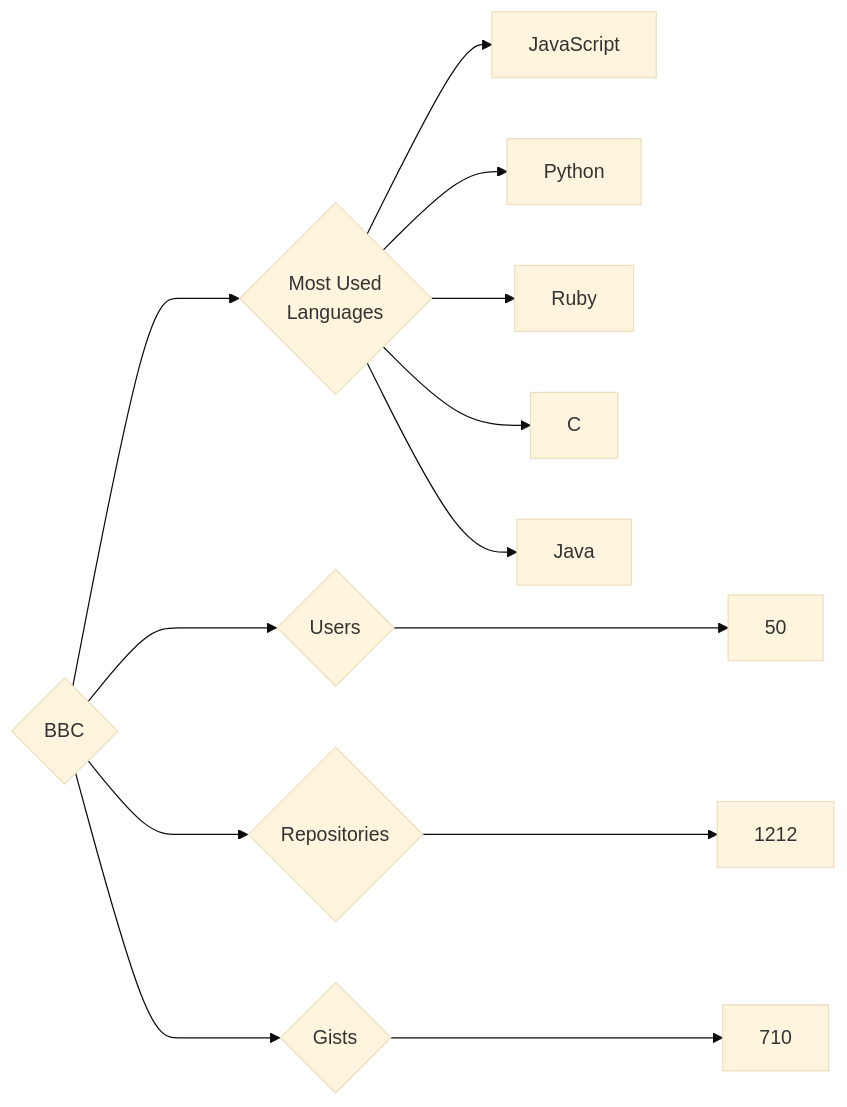
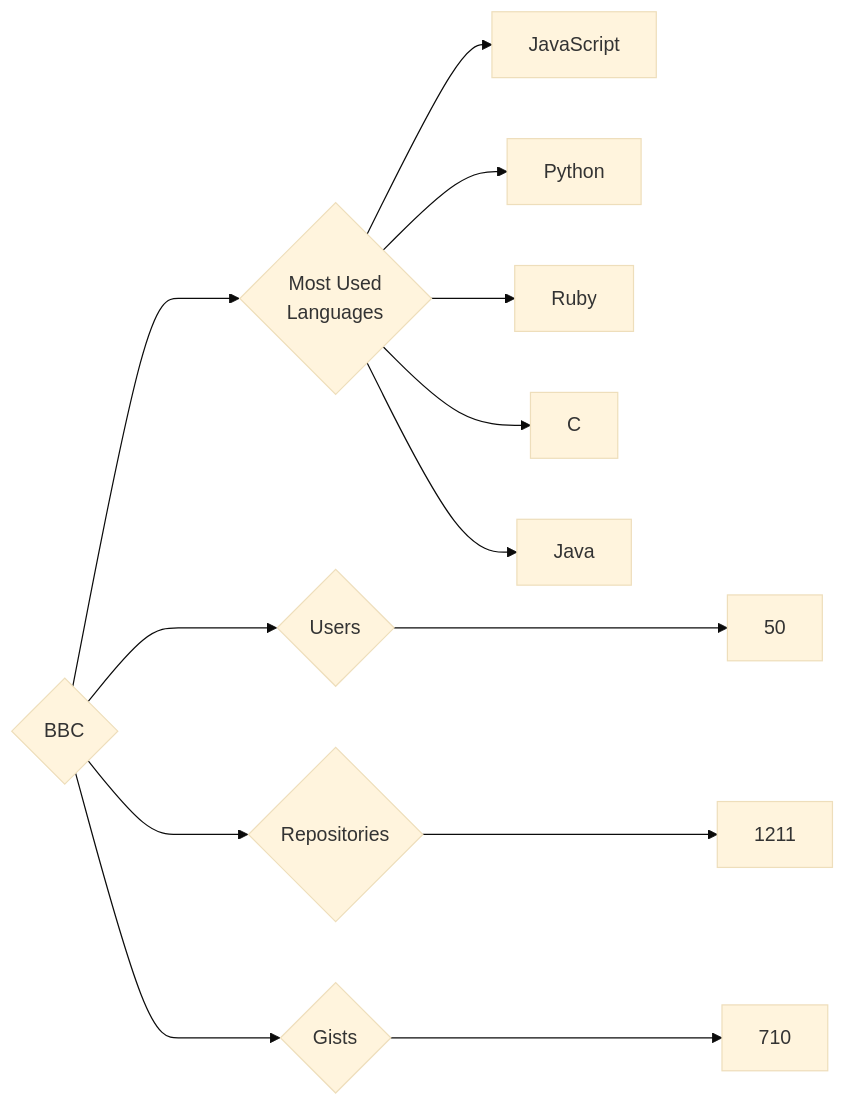
One commit to trickest/insiders changed the diagram in targets/BBC/README.md. Above: the diagram before and after it, drawn with Mermaid (base theme). The commit also changed 714 other files, not shown here.

````diff
--- a/targets/BBC/README.md
+++ b/targets/BBC/README.md
@@ -3,13 +3,13 @@
 ```mermaid
 graph LR
 COMPANY_NAME{BBC}
 COMPANY_NAME ---> U{Users} ---> UN[50]
-COMPANY_NAME ---> R{Repositories} ---> RN[1212]
+COMPANY_NAME ---> R{Repositories} ---> RN[1211]
 COMPANY_NAME ---> G{Gists} ---> GN[710]
 COMPANY_NAME ---> ML{Most Used<br>Languages}
 ML --> JavaScript[JavaScript]
 ML --> Python[Python]
 ML --> Ruby[Ruby]
 ML --> C[C]
 ML --> Java[Java]
 ```
````
